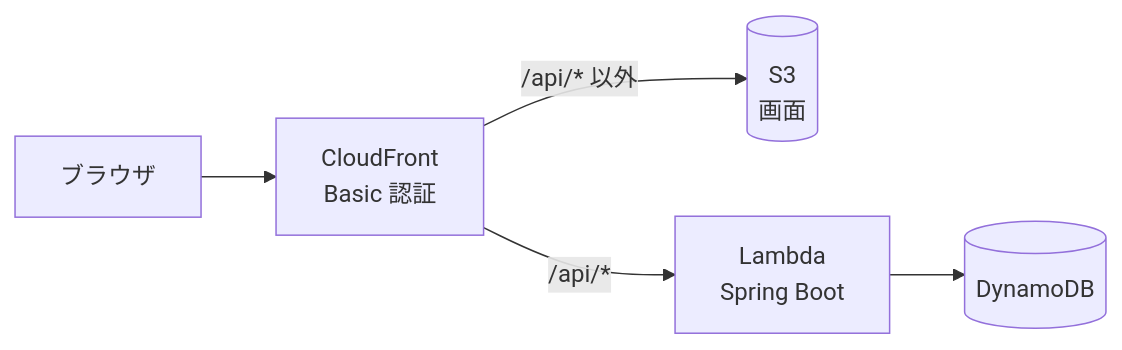
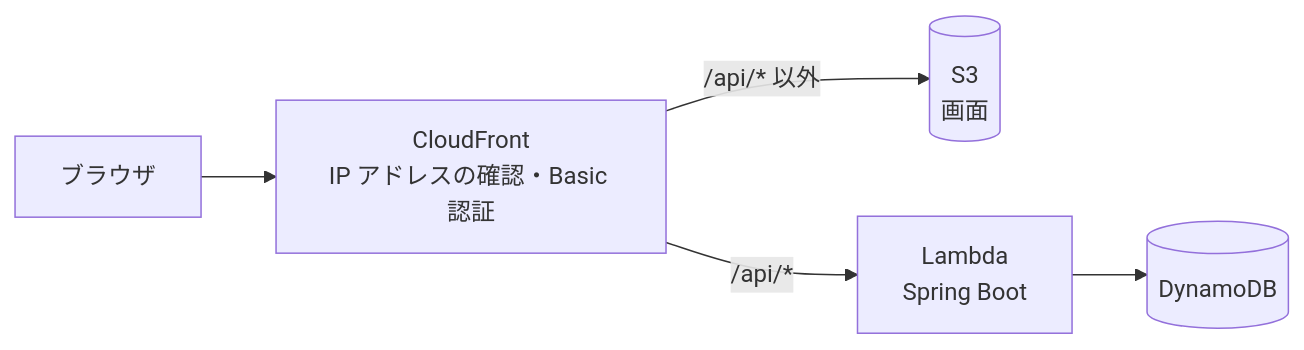
The second of 2 diagrams in README.md (mk242329/taskmanagement), drawn with Mermaid before and after one commit. The commit also changed other lines of this file and 7 other files, not shown here.

Commit message:
CloudFront で自分の PC の IP アドレスからだけアクセスできるようにする (#46)

````diff
--- a/README.md
+++ b/README.md
@@ -288,7 +288,7 @@
 ```mermaid
 flowchart LR
-    Browser[ブラウザ] --> CF[CloudFront<br>Basic 認証]
+    Browser[ブラウザ] --> CF[CloudFront<br>IP アドレスの確認・Basic 認証]
     CF -- "/api/* 以外" --> S3[(S3<br>画面)]
     CF -- "/api/*" --> Lambda[Lambda<br>Spring Boot]
     Lambda --> DDB[(DynamoDB)]
 ```
````
